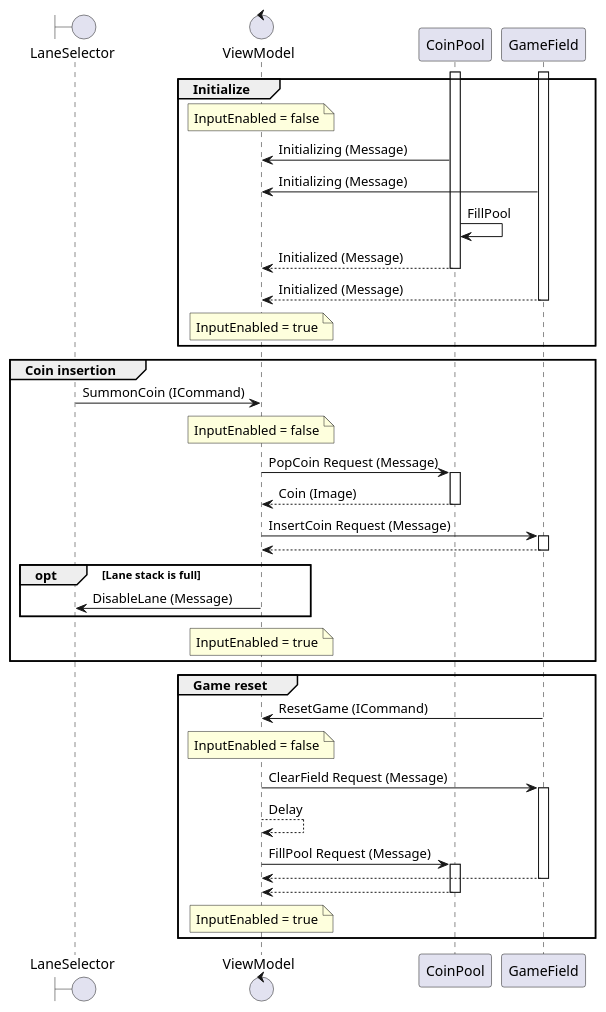
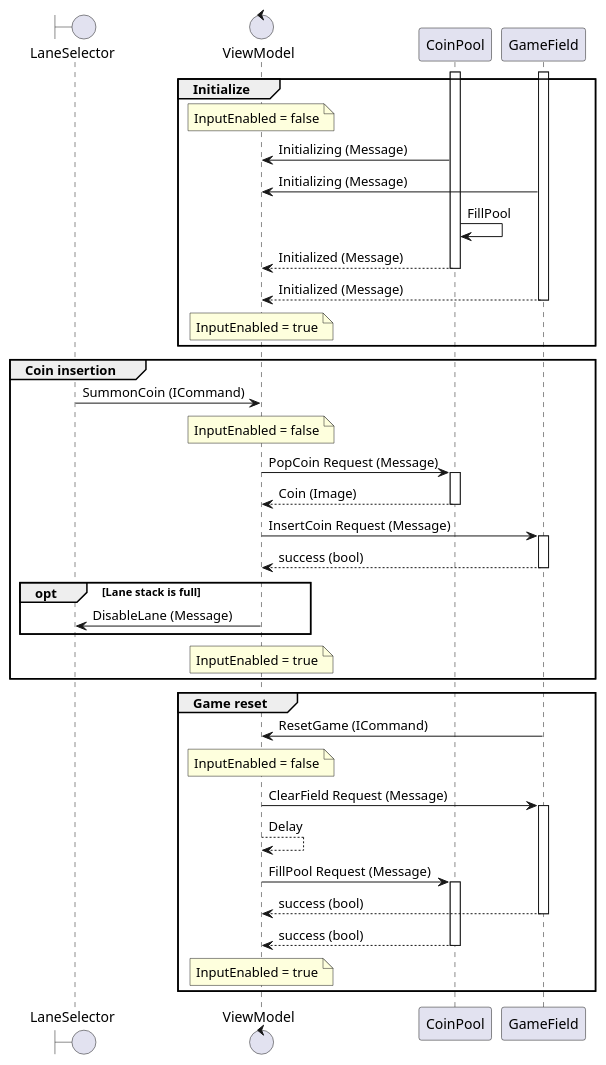
The second of 3 diagrams in uml/GomokuNarabe.puml (tatsuya19871219/MauiGomokuNarabeGame), drawn with PlantUML before and after one commit. The commit also changed 9 other files, not shown here.

```diff
--- a/uml/GomokuNarabe.puml
+++ b/uml/GomokuNarabe.puml
@@ -60,53 +60,53 @@
 @startuml SequenceDiagram
 
 boundary LaneSelector
 control ViewModel
 
 
 group Initialize
 note over ViewModel : InputEnabled = false
 Activate CoinPool
 Activate GameField
 CoinPool -> ViewModel : Initializing (Message)
 GameField -> ViewModel : Initializing (Message)
 CoinPool -> CoinPool : FillPool
 CoinPool --> ViewModel : Initialized (Message)
 Deactivate CoinPool
 GameField --> ViewModel : Initialized (Message)
 Deactivate GameField
 note over ViewModel : InputEnabled = true
 end
 
 group Coin insertion
 LaneSelector -> ViewModel : SummonCoin (ICommand)
 note over ViewModel : InputEnabled = false
 ViewModel -> CoinPool : PopCoin Request (Message)
 Activate CoinPool
 CoinPool --> ViewModel : Coin (Image)
 Deactivate CoinPool
 ViewModel -> GameField : InsertCoin Request (Message)
 Activate GameField
-GameField --> ViewModel
+GameField --> ViewModel : success (bool)
 Deactivate GameField
 opt Lane stack is full
 ViewModel -> LaneSelector : DisableLane (Message)
 end
 note over ViewModel : InputEnabled = true
 end
 
 group Game reset
 GameField -> ViewModel : ResetGame (ICommand)
 note over ViewModel : InputEnabled = false
 ViewModel -> GameField : ClearField Request (Message)
 Activate GameField
 ViewModel --> ViewModel : Delay
 ViewModel -> CoinPool : FillPool Request (Message)
 Activate CoinPool
-GameField --> ViewModel
+GameField --> ViewModel : success (bool)
 Deactivate GameField
-CoinPool --> ViewModel
+CoinPool --> ViewModel : success (bool)
 Deactivate CoinPool
 note over ViewModel : InputEnabled = true
 end
 
 @enduml
```
